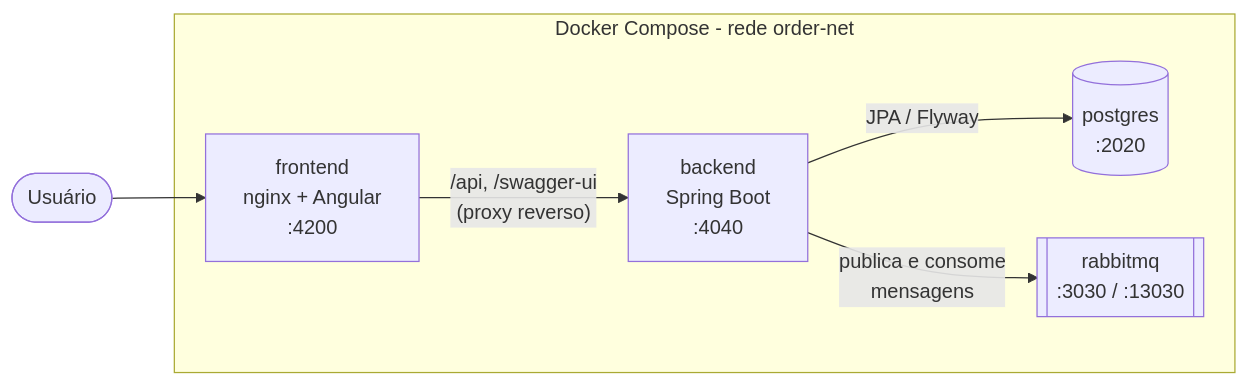
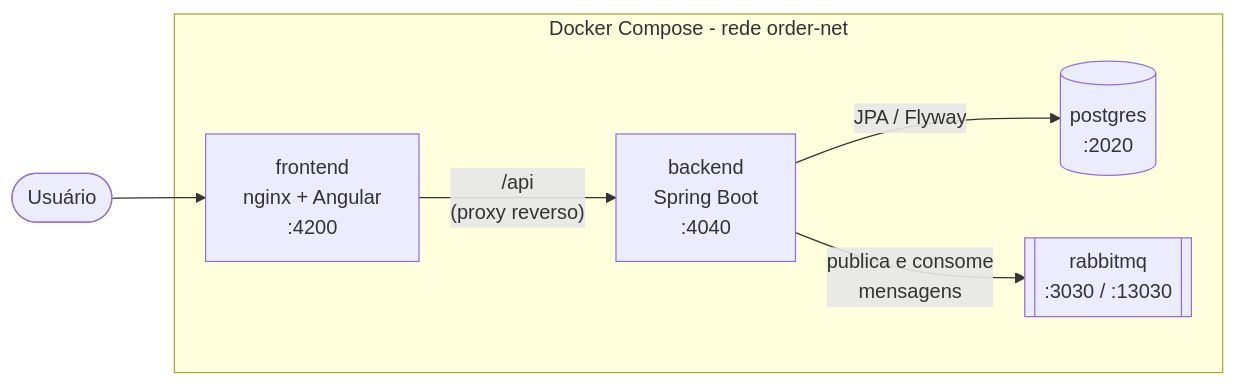
Before and after one commit to LucasOSantana/order-platform: the first of 5 diagrams in README.md, drawn with Mermaid. The commit also changed other lines of this file, not shown here.

````diff
--- a/README.md
+++ b/README.md
@@ -247,15 +246,15 @@
 ```mermaid
 flowchart LR
     user([Usuário]) --> front
 
     subgraph docker[Docker Compose - rede order-net]
         front["frontend<br/>nginx + Angular<br/>:4200"]
         back["backend<br/>Spring Boot<br/>:4040"]
         db[("postgres<br/>:2020")]
         mq[["rabbitmq<br/>:3030 / :13030"]]
     end
 
-    front -- "/api, /swagger-ui<br/>(proxy reverso)" --> back
+    front -- "/api<br/>(proxy reverso)" --> back
     back -- "JPA / Flyway" --> db
     back -- "publica e consome<br/>mensagens" --> mq
 ```
````
